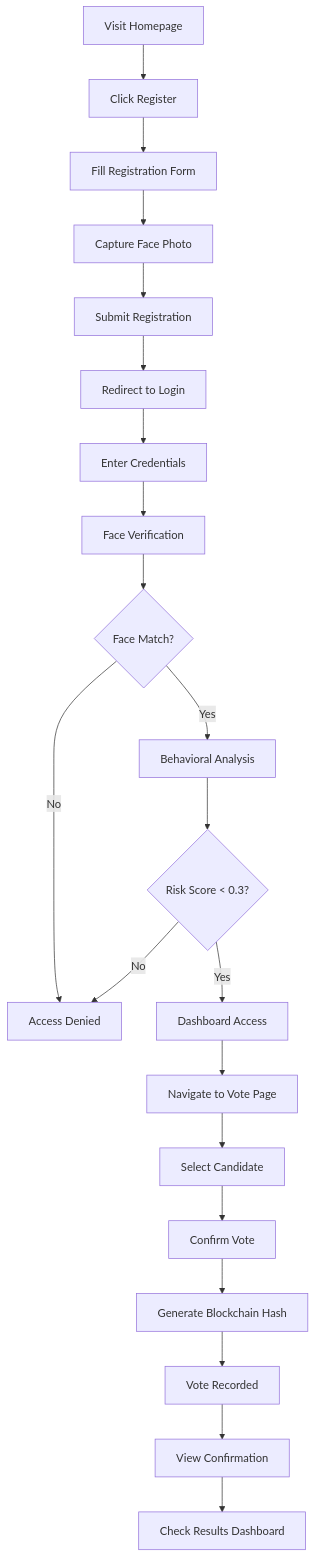
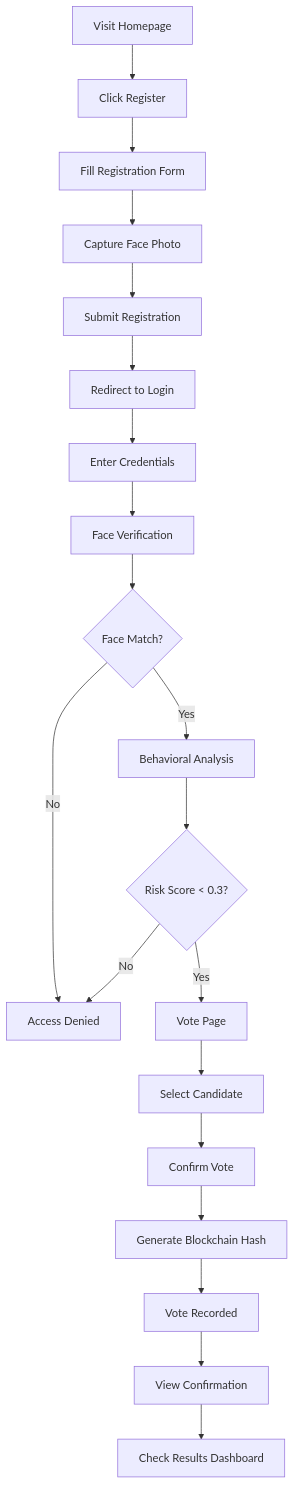
The diagram in readme.md (RuchikaaVerma/SentinelVote-AI), drawn with Mermaid before and after one commit. The commit also changed other lines of this file, not shown here.

````diff
--- a/readme.md
+++ b/readme.md
@@ -548,23 +464,22 @@
 ```mermaid
 graph TD
     A[Visit Homepage] --> B[Click Register]
     B --> C[Fill Registration Form]
     C --> D[Capture Face Photo]
     D --> E[Submit Registration]
     E --> F[Redirect to Login]
     F --> G[Enter Credentials]
     G --> H[Face Verification]
     H --> I{Face Match?}
     I -->|Yes| J[Behavioral Analysis]
     I -->|No| K[Access Denied]
     J --> L{Risk Score < 0.3?}
-    L -->|Yes| M[Dashboard Access]
+    L -->|Yes| M[Vote Page]
     L -->|No| K
-    M --> N[Navigate to Vote Page]
-    N --> O[Select Candidate]
-    O --> P[Confirm Vote]
-    P --> Q[Generate Blockchain Hash]
-    Q --> R[Vote Recorded]
-    R --> S[View Confirmation]
-    S --> T[Check Results Dashboard]
+    M --> N[Select Candidate]
+    N --> O[Confirm Vote]
+    O --> P[Generate Blockchain Hash]
+    P --> Q[Vote Recorded]
+    Q --> R[View Confirmation]
+    R --> S[Check Results Dashboard]
 ```
````
